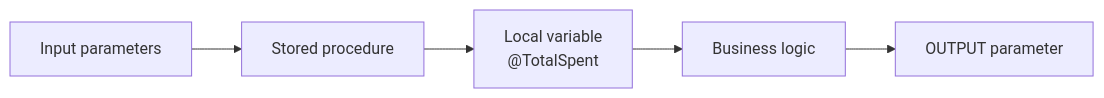
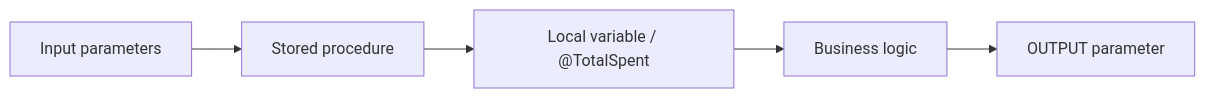
Before and after one commit to tjovic/database-design-labs-public: diagram 11 of 12 in labs/lab03-stored-procedures.md, drawn with Mermaid. The commit also changed other lines of this file, not shown here.

````diff
--- a/labs/lab03-stored-procedures.md
+++ b/labs/lab03-stored-procedures.md
@@ -1127,7 +1142,7 @@
 ```mermaid
 flowchart LR
     A["Input parameters"] --> B["Stored procedure"]
-    B --> C["Local variable<br/>@TotalSpent"]
+    B --> C["Local variable / @TotalSpent"]
     C --> D["Business logic"]
     D --> E["OUTPUT parameter"]
 ```
````
